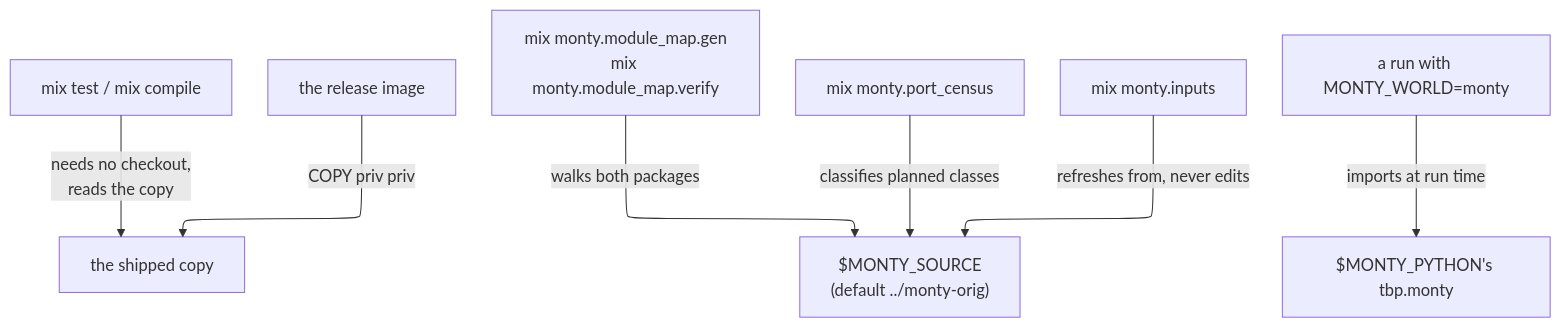
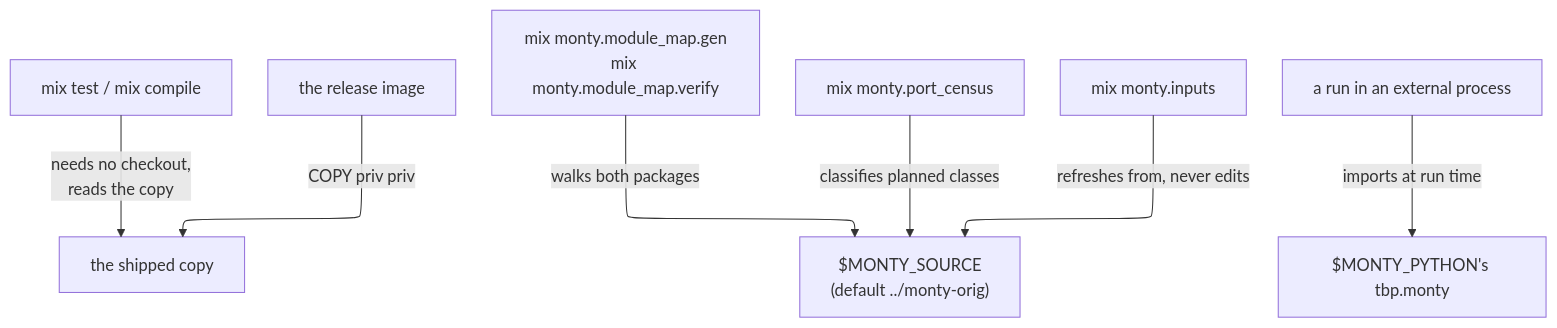
One commit to d-led/ex.tbp.monty changed the sixth of 7 diagrams in docs/architecture.md. Above: the diagram before and after it, drawn with Mermaid. The commit also changed other lines of this file and 12 other files, not shown here.

First line of the commit message:
worlds: MuJoCo via Monty's Python is the default; MONTY_WORLD is gone

````diff
--- a/docs/architecture.md
+++ b/docs/architecture.md
@@ -300,13 +300,13 @@
 ```mermaid
 ---
 config:
   layout: elk
 ---
 flowchart TD
     tests["mix test / mix compile"] -->|"needs no checkout,<br/>reads the copy"| copy["the shipped copy"]
     image["the release image"] -->|"COPY priv priv"| copy
     gen["mix monty.module_map.gen<br/>mix monty.module_map.verify"] -->|"walks both packages"| source["$MONTY_SOURCE<br/>(default ../monty-orig)"]
     census["mix monty.port_census"] -->|"classifies planned classes"| source
     inputs["mix monty.inputs"] -->|"refreshes from, never edits"| source
-    run["a run with MONTY_WORLD=monty"] -->|"imports at run time"| python["$MONTY_PYTHON's tbp.monty"]
+    run["a run in an external process"] -->|"imports at run time"| python["$MONTY_PYTHON's tbp.monty"]
 ```
````
